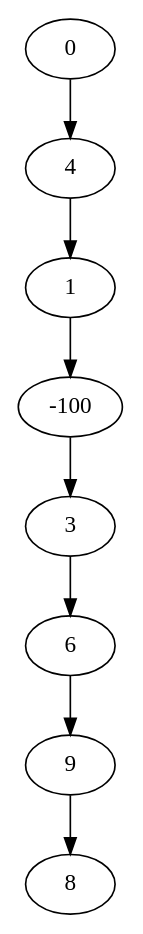
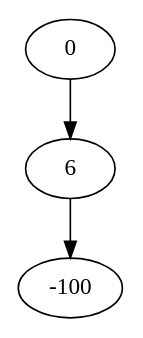
One commit to BitQuarkApps/Ahorcado-con-arboles changed the diagram in arbol.dot. Above: the diagram before and after it, drawn with Graphviz. The commit also changed 2 other files, not shown here.

```diff
--- a/arbol.dot
+++ b/arbol.dot
@@ -1,17 +1,7 @@
 digraph tree {
     "0";
-    "4";
-    "1";
+    "6";
     "-100";
-    "3";
-    "6";
-    "9";
-    "8";
-    "0" -> "4";
-    "4" -> "1";
-    "1" -> "-100";
-    "-100" -> "3";
-    "3" -> "6";
-    "6" -> "9";
-    "9" -> "8";
+    "0" -> "6";
+    "6" -> "-100";
 }
```
